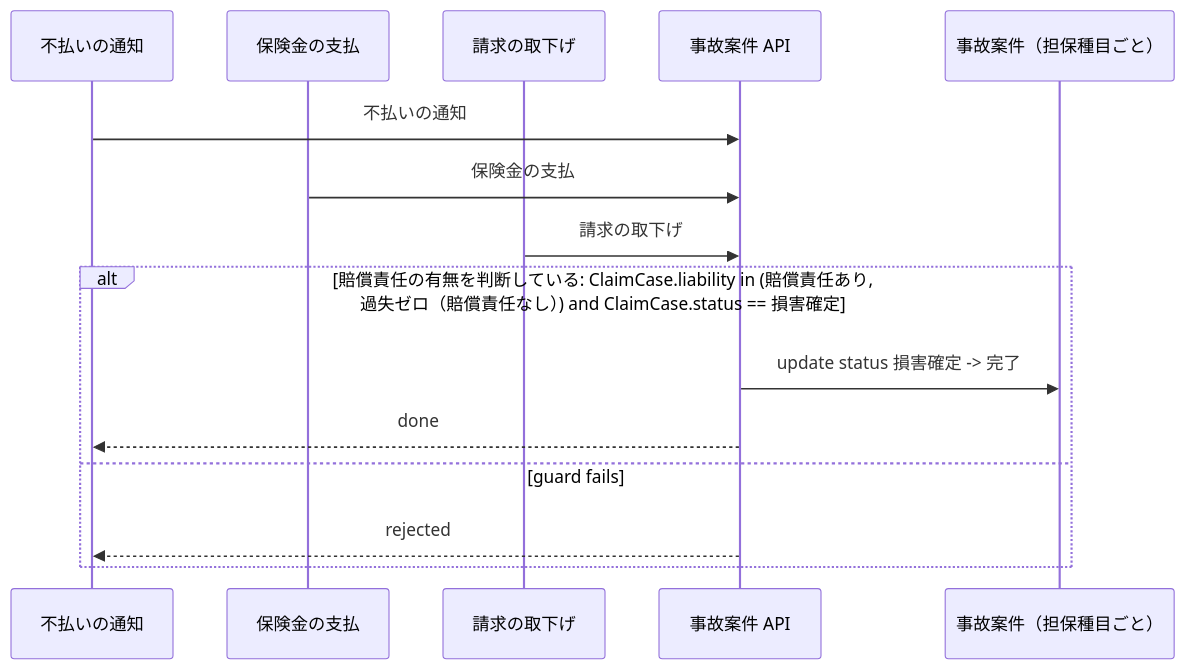
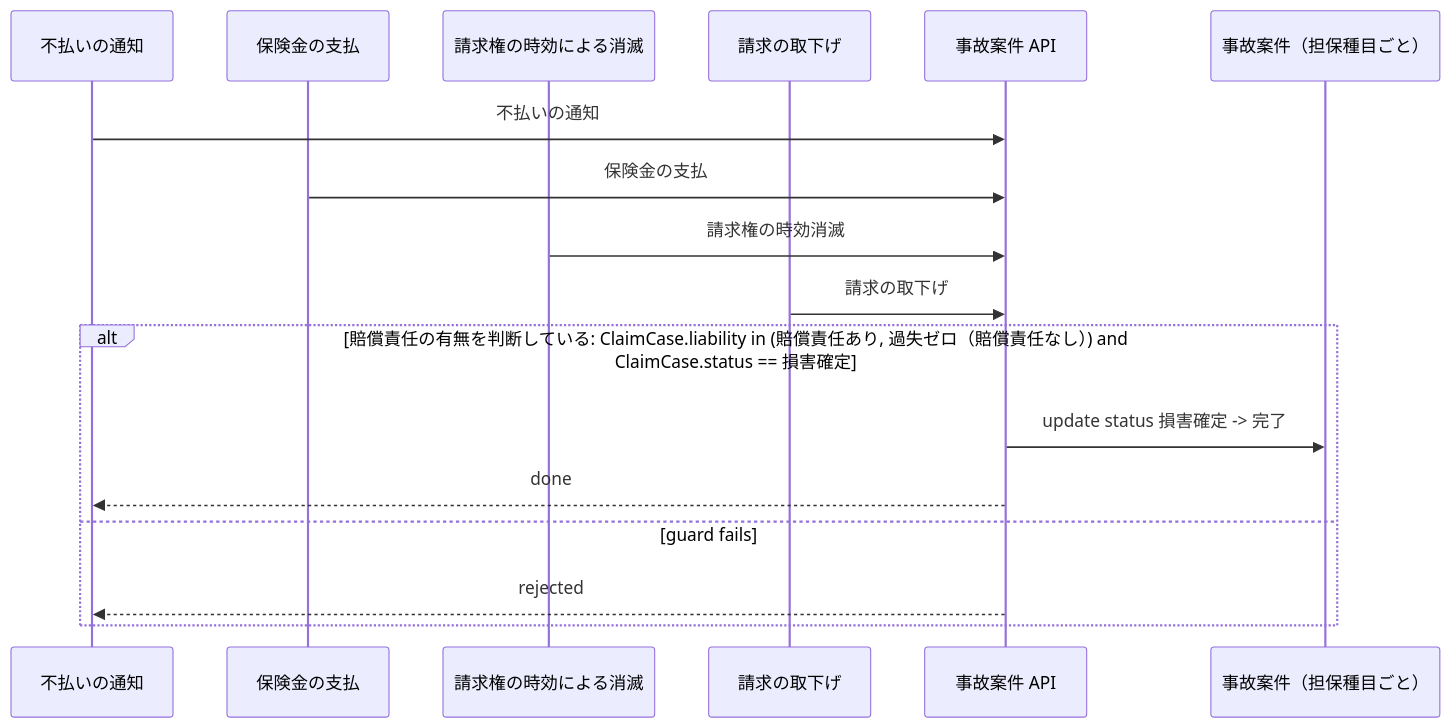
One commit to manji-0/rdra-ish-dsl changed the diagram in samples/insurance-claim-ops/out/uc/sequence_CloseCase.mmd. Above: the diagram before and after it, drawn with Mermaid. The commit also changed 24 other files, not shown here.

```diff
--- a/samples/insurance-claim-ops/out/uc/sequence_CloseCase.mmd
+++ b/samples/insurance-claim-ops/out/uc/sequence_CloseCase.mmd
@@ -1,18 +1,20 @@
 %% rdra-ish diagram=sequence scope=usecase:CloseCase model=samples/insurance-claim-ops
 %% kinds: usecase api entity
 %% omitted: buc step event condition
 sequenceDiagram
   participant usecase__NotifyDenial as 不払いの通知
   participant usecase__PayClaim as 保険金の支払
+  participant usecase__TimeBarClaim as 請求権の時効による消滅
   participant usecase__WithdrawClaim as 請求の取下げ
   participant api__CaseApi as 事故案件 API
   participant entity__ClaimCase as 事故案件（担保種目ごと）
   usecase__NotifyDenial ->> api__CaseApi: 不払いの通知
   usecase__PayClaim ->> api__CaseApi: 保険金の支払
+  usecase__TimeBarClaim ->> api__CaseApi: 請求権の時効消滅
   usecase__WithdrawClaim ->> api__CaseApi: 請求の取下げ
   alt 賠償責任の有無を判断している: ClaimCase.liability in (賠償責任あり, 過失ゼロ（賠償責任なし）) and ClaimCase.status == 損害確定
     api__CaseApi ->> entity__ClaimCase: update status 損害確定 -> 完了
     api__CaseApi -->> usecase__NotifyDenial: done
   else guard fails
     api__CaseApi -->> usecase__NotifyDenial: rejected
   end
```
